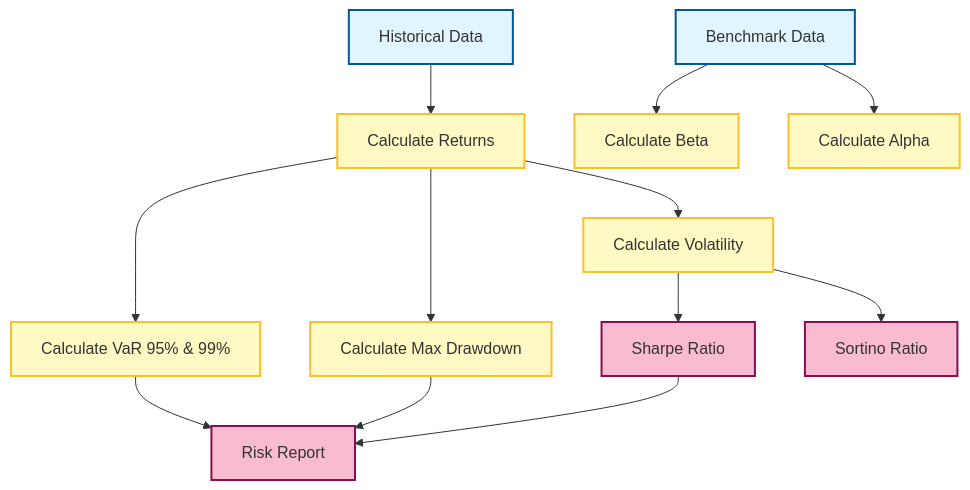
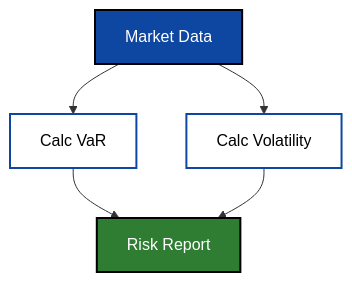
Before and after one commit to MrDecryptDecipher/xrpl-institutional-fund-management: diagram 16 of 17 in README.md, drawn with Mermaid. The commit also changed other lines of this file, not shown here.

Commit message:
docs: final polish of readme with high-contrast diagrams and fixes

````diff
--- a/README.md
+++ b/README.md
@@ -625,22 +517,12 @@
 ```mermaid
 graph TD
-    %% Styles
-    classDef input fill:#e1f5fe,stroke:#01579b,stroke-width:2px;
-    classDef calc fill:#fff9c4,stroke:#fbc02d,stroke-width:2px;
-    classDef output fill:#f8bbd0,stroke:#880e4f,stroke-width:2px;
+    classDef primary fill:#0D47A1,stroke:#000,stroke-width:2px,color:#fff;
+    classDef calc fill:#fff,stroke:#0D47A1,stroke-width:2px,color:#000;
+    classDef out fill:#2E7D32,stroke:#000,stroke-width:2px,color:#fff;
 
-    Data[Historical Data]:::input --> Returns[Calculate Returns]:::calc
-    Returns --> Volatility[Calculate Volatility]:::calc
-    Returns --> VaR[Calculate VaR 95% & 99%]:::calc
-    Returns --> Drawdown[Calculate Max Drawdown]:::calc
+    Data[Market Data]:::primary --> VaR[Calc VaR]:::calc
+    Data --> Vol[Calc Volatility]:::calc
     
-    Benchmark[Benchmark Data]:::input --> Beta[Calculate Beta]:::calc
-    Benchmark --> Alpha[Calculate Alpha]:::calc
-    
-    Volatility --> Sharpe[Sharpe Ratio]:::output
-    Volatility --> Sortino[Sortino Ratio]:::output
-    
-    VaR --> Report[Risk Report]:::output
-    Drawdown --> Report
-    Sharpe --> Report
+    VaR --> Report[Risk Report]:::out
+    Vol --> Report
 ```
````
